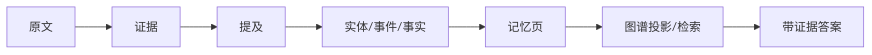
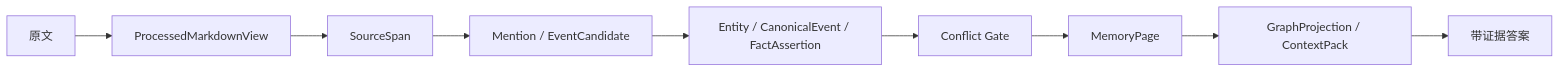
The sixth of 6 diagrams in goals/01-data-flow.md (FrankQDWang/sextantlabs), drawn with Mermaid before and after one commit. The commit also changed other lines of this file and 16 other files, not shown here.

````diff
--- a/goals/01-data-flow.md
+++ b/goals/01-data-flow.md
@@ -125,4 +144,4 @@
 ```mermaid
 flowchart LR
-    A[原文] --> B[证据] --> C[提及] --> D[实体/事件/事实] --> E[记忆页] --> F[图谱投影/检索] --> G[带证据答案]
+    A[原文] --> B[ProcessedMarkdownView] --> C[SourceSpan] --> D[Mention / EventCandidate] --> E[Entity / CanonicalEvent / FactAssertion] --> F[Conflict Gate] --> G[MemoryPage] --> H[GraphProjection / ContextPack] --> I[带证据答案]
 ```
````
